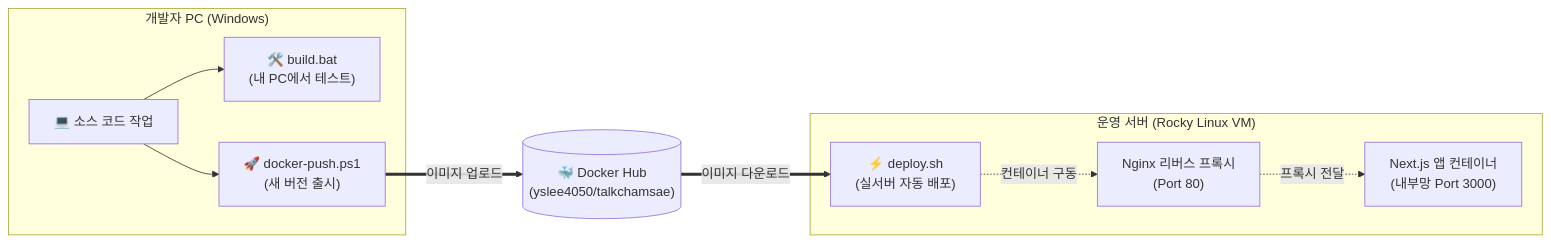
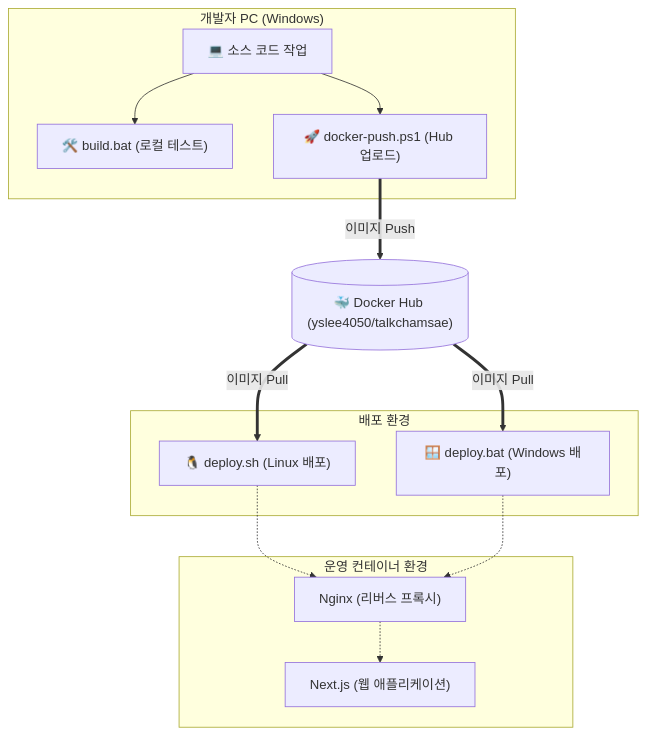
Before and after one commit to hugingstar/EnglishYoutube: the diagram in README.md, drawn with Mermaid. The commit also changed other lines of this file and 10 other files, not shown here.

````diff
--- a/README.md
+++ b/README.md
@@ -9,25 +9,27 @@
 ```mermaid
-flowchart LR
+flowchart TD
     subgraph Developer["개발자 PC (Windows)"]
         Code["💻 소스 코드 작업"]
-        BuildBat["🛠️ build.bat<br/>(내 PC에서 테스트)"]
-        PushPS["🚀 docker-push.ps1<br/>(새 버전 출시)"]
-        
-        Code --> BuildBat
-        Code --> PushPS
+        Code --> BuildBat["🛠️ build.bat (로컬 테스트)"]
+        Code --> PushPS["🚀 docker-push.ps1 (Hub 업로드)"]
     end
 
-    Hub[("🐳 Docker Hub<br/>(yslee4050/talkchamsae)")]
+    Hub[("🐳 Docker Hub (yslee4050/talkchamsae)")]
+    PushPS == "이미지 Push" ==> Hub
 
-    subgraph Production["운영 서버 (Rocky Linux VM)"]
-        DeploySH["⚡ deploy.sh<br/>(실서버 자동 배포)"]
-        Nginx["Nginx 리버스 프록시<br/>(Port 80)"]
-        NextJS["Next.js 앱 컨테이너<br/>(내부망 Port 3000)"]
-        
-        DeploySH -. 컨테이너 구동 .-> Nginx
-        Nginx -. 프록시 전달 .-> NextJS
+    subgraph Deployment["배포 환경"]
+        DeployWin["🪟 deploy.bat (Windows 배포)"]
+        DeployLin["🐧 deploy.sh (Linux 배포)"]
     end
 
-    PushPS == "이미지 업로드" ==> Hub
-    Hub == "이미지 다운로드" ==> DeploySH
+    Hub == "이미지 Pull" ==> DeployWin
+    Hub == "이미지 Pull" ==> DeployLin
+
+    subgraph Server["운영 컨테이너 환경"]
+        Nginx["Nginx (리버스 프록시)"]
+        NextJS["Next.js (웹 애플리케이션)"]
+        DeployLin -.-> Nginx
+        DeployWin -.-> Nginx
+        Nginx -.-> NextJS
+    end
 ```
````
